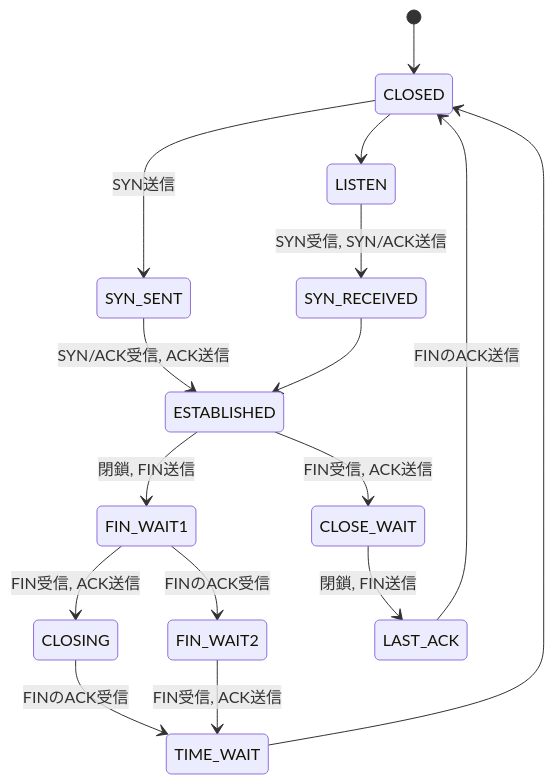
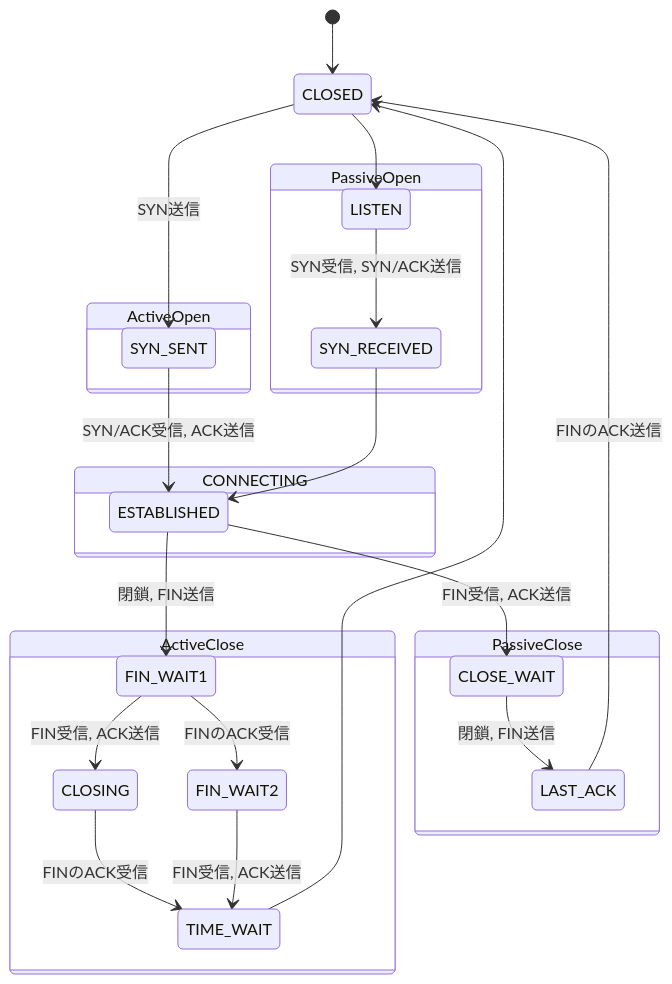
One commit to ktama/MermaidSample changed the first of 4 diagrams in README.md. Above: the diagram before and after it, drawn with Mermaid. The commit also changed other lines of this file, not shown here.

Commit message:
add: TCP sequence

````diff
--- a/README.md
+++ b/README.md
@@ -5,18 +5,30 @@
 ```mermaid
-stateDiagram
+stateDiagram-v2
     [*] --> CLOSED
     CLOSED --> LISTEN
-    LISTEN --> SYN_RECEIVED: SYN受信, SYN/ACK送信
+    state PassiveOpen {
+        LISTEN --> SYN_RECEIVED: SYN受信, SYN/ACK送信
+    }
     CLOSED --> SYN_SENT: SYN送信
+    state ActiveOpen {
+        SYN_SENT
+    }
     SYN_SENT --> ESTABLISHED: SYN/ACK受信, ACK送信
+    state CONNECTING {
+        ESTABLISHED
+    }
     SYN_RECEIVED --> ESTABLISHED
     ESTABLISHED --> FIN_WAIT1: 閉鎖, FIN送信
-    FIN_WAIT1 --> FIN_WAIT2: FINのACK受信
-    FIN_WAIT1 --> CLOSING: FIN受信, ACK送信
-    CLOSING --> TIME_WAIT: FINのACK受信
-    FIN_WAIT2 --> TIME_WAIT: FIN受信, ACK送信
+    state ActiveClose {
+        FIN_WAIT1 --> FIN_WAIT2: FINのACK受信
+        FIN_WAIT1 --> CLOSING: FIN受信, ACK送信
+        CLOSING --> TIME_WAIT: FINのACK受信
+        FIN_WAIT2 --> TIME_WAIT: FIN受信, ACK送信
+    }
     TIME_WAIT --> CLOSED
     ESTABLISHED --> CLOSE_WAIT: FIN受信, ACK送信
-    CLOSE_WAIT --> LAST_ACK: 閉鎖, FIN送信
+    state PassiveClose {
+        CLOSE_WAIT --> LAST_ACK: 閉鎖, FIN送信
+    }
     LAST_ACK --> CLOSED: FINのACK送信
 ```
````
